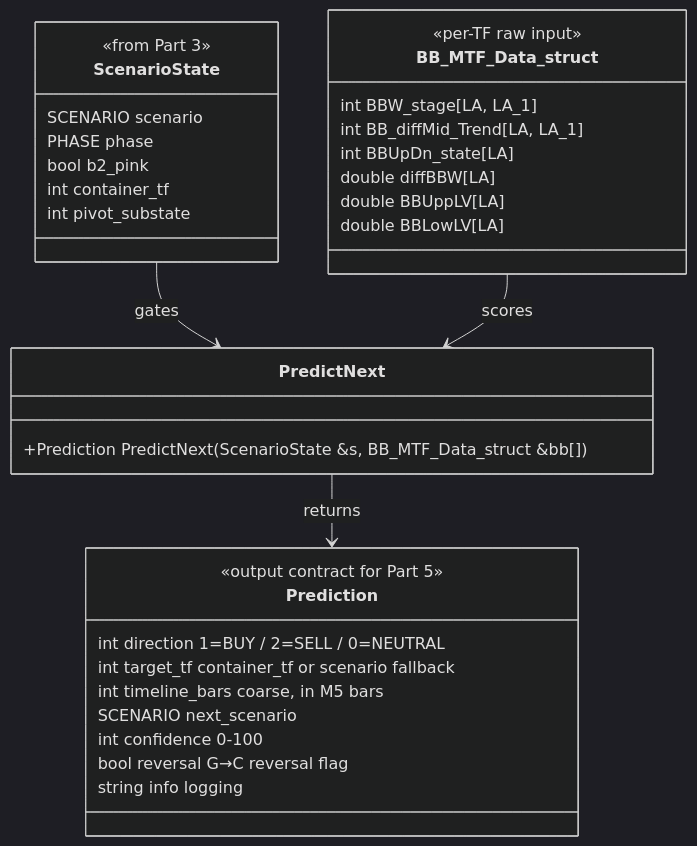
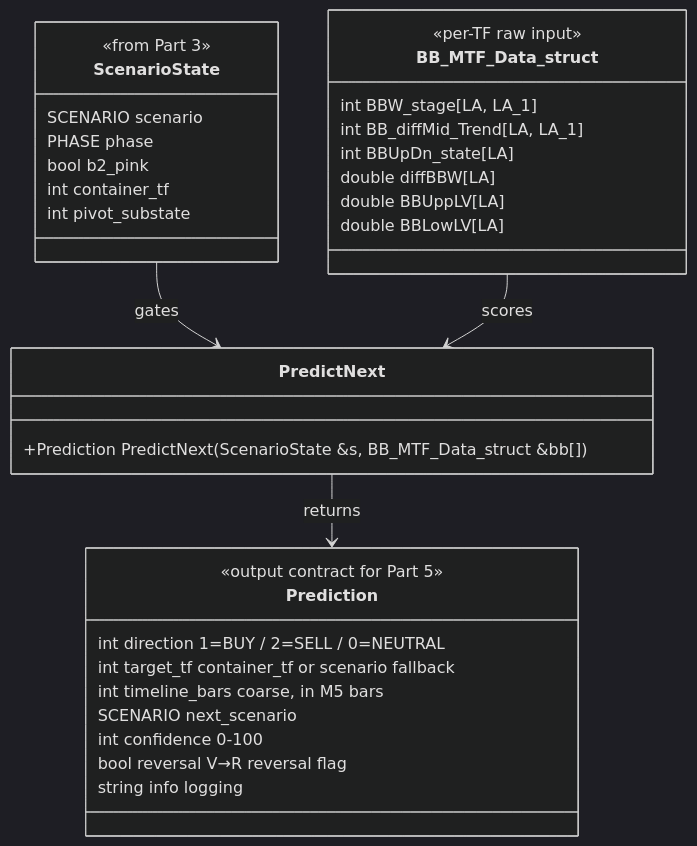
One commit to Terrypang89/BB_MTF_M15_STRATEGY changed the ninth of 19 diagrams in references/ARCHITECTURE.md. Above: the diagram before and after it, drawn with Mermaid (dark theme). The commit also changed other lines of this file and 12 other files, not shown here.

````diff
--- a/references/ARCHITECTURE.md
+++ b/references/ARCHITECTURE.md
@@ -595,40 +595,40 @@
 ```mermaid
 classDiagram
     class ScenarioState {
         <<from Part 3>>
         SCENARIO scenario
         PHASE phase
         bool b2_pink
         int container_tf
         int pivot_substate
     }
 
     class BB_MTF_Data_struct {
         <<per-TF raw input>>
         int BBW_stage[LA, LA_1]
         int BB_diffMid_Trend[LA, LA_1]
         int BBUpDn_state[LA]
         double diffBBW[LA]
         double BBUppLV[LA]
         double BBLowLV[LA]
     }
 
     class Prediction {
         <<output contract for Part 5>>
         int direction     1=BUY / 2=SELL / 0=NEUTRAL
         int target_tf     container_tf or scenario fallback
         int timeline_bars coarse, in M5 bars
         SCENARIO next_scenario
         int confidence    0-100
-        bool reversal     G→C reversal flag
+        bool reversal     V→R reversal flag
         string info       logging
     }
 
     class PredictNext {
         +Prediction PredictNext(ScenarioState &s, BB_MTF_Data_struct &bb[])
     }
 
     ScenarioState --> PredictNext : gates
     BB_MTF_Data_struct --> PredictNext : scores
     PredictNext --> Prediction : returns
 ```
````
